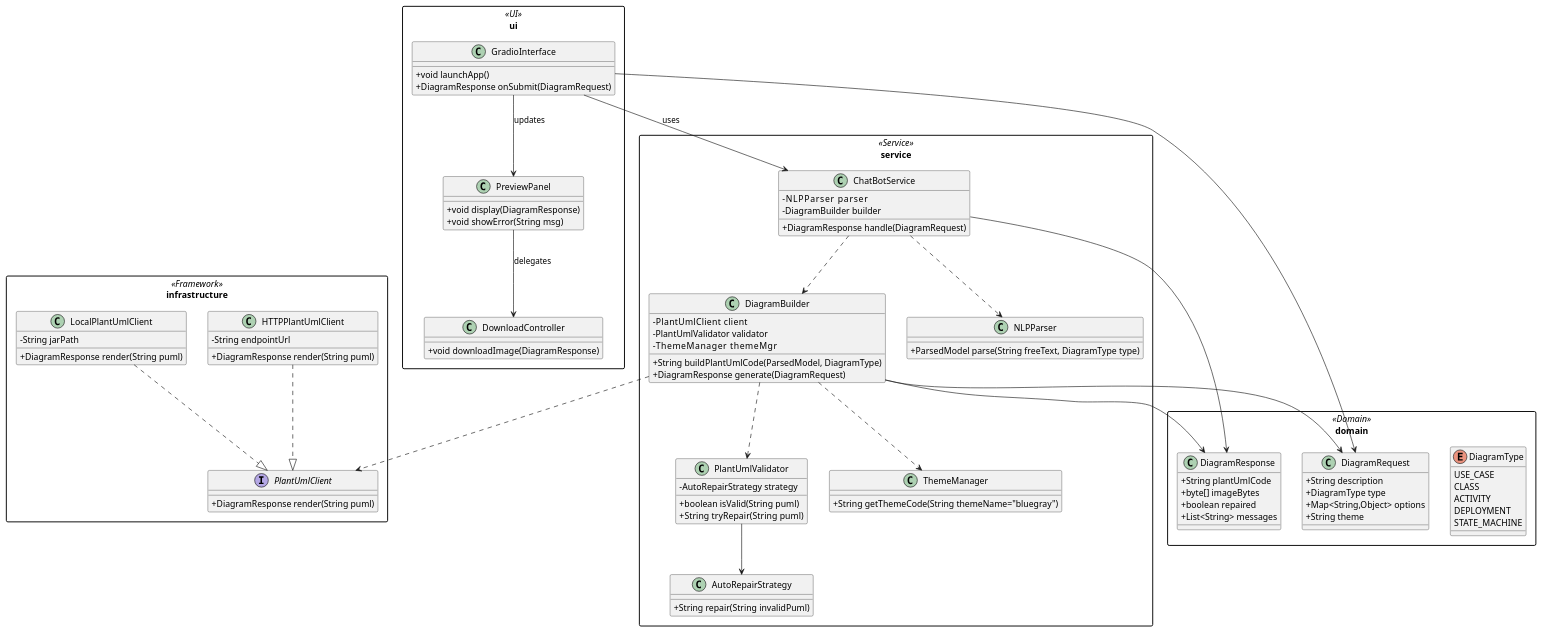
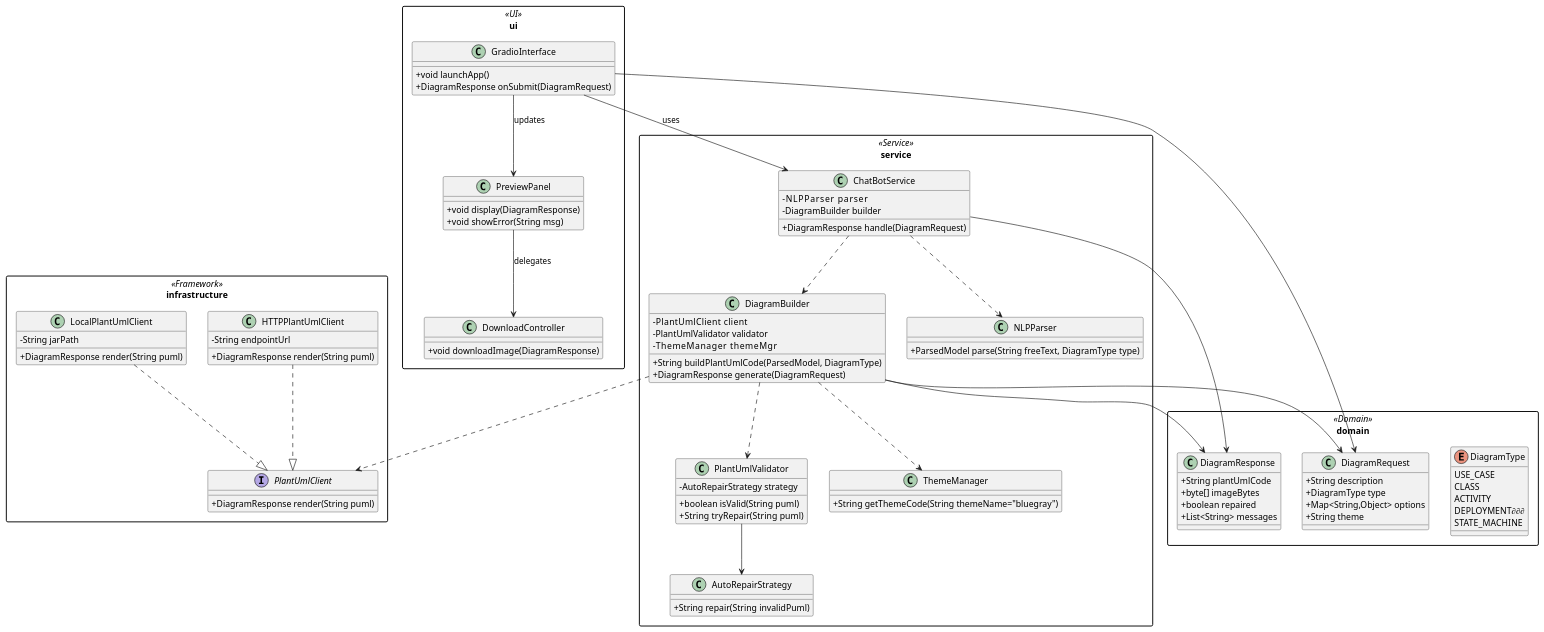
The diagram in docs/PlantUML/ComprehensiveClass.puml (UABGH-Emerging-Technologies/design_drafter), drawn with PlantUML before and after one commit. The commit also changed 5 other files, not shown here.

```diff
--- a/docs/PlantUML/ComprehensiveClass.puml
+++ b/docs/PlantUML/ComprehensiveClass.puml
@@ -3,134 +3,134 @@
 @startuml
 skinparam packageStyle rectangle
 skinparam classAttributeIconSize 0
 
 '──────────────────────────────────────────────────────────────
 '  DOMAIN MODEL
 '──────────────────────────────────────────────────────────────
 package "domain" <<Domain>> {
 
   enum DiagramType {
     USE_CASE
     CLASS
     ACTIVITY
-    DEPLOYMENT
+    DEPLOYMENT∂∂∂
     STATE_MACHINE
   }
 
   class DiagramRequest {
       +String description
       +DiagramType type
       +Map<String,Object> options
       +String theme
   }
 
   class DiagramResponse {
       +String plantUmlCode
       +byte[] imageBytes
       +boolean repaired
       +List<String> messages
   }
 }
 
 '──────────────────────────────────────────────────────────────
 '  INFRASTRUCTURE (PlantUML access)
 '──────────────────────────────────────────────────────────────
 package "infrastructure" <<Framework>> {
 
   interface PlantUmlClient {
       +DiagramResponse render(String puml)
   }
 
   class HTTPPlantUmlClient {
       -String endpointUrl
       +DiagramResponse render(String puml)
   }
 
   class LocalPlantUmlClient {
       -String jarPath
       +DiagramResponse render(String puml)
   }
 
   HTTPPlantUmlClient  ..|>  PlantUmlClient
   LocalPlantUmlClient ..|>  PlantUmlClient
 }
 
 '──────────────────────────────────────────────────────────────
 '  SERVICE LAYER
 '──────────────────────────────────────────────────────────────
 package "service" <<Service>> {
 
   class NLPParser {
       +ParsedModel parse(String freeText, DiagramType type)
   }
 
   class ThemeManager {
       +String getThemeCode(String themeName="bluegray")
   }
 
   class AutoRepairStrategy {
       +String repair(String invalidPuml)
   }
 
   class PlantUmlValidator {
       +boolean isValid(String puml)
       +String  tryRepair(String puml)
       -AutoRepairStrategy strategy
   }
 
   class DiagramBuilder {
       -PlantUmlClient    client
       -PlantUmlValidator validator
       -ThemeManager      themeMgr
       +String buildPlantUmlCode(ParsedModel, DiagramType)
       +DiagramResponse generate(DiagramRequest)
   }
 
   class ChatBotService {
       -NLPParser      parser
       -DiagramBuilder builder
       +DiagramResponse handle(DiagramRequest)
   }
 
   ' dependencies inside the service layer
   PlantUmlValidator --> AutoRepairStrategy
   DiagramBuilder    ..> PlantUmlClient
   DiagramBuilder    ..> PlantUmlValidator
   DiagramBuilder    ..> ThemeManager
   ChatBotService    ..> NLPParser
   ChatBotService    ..> DiagramBuilder
 }
 
 '──────────────────────────────────────────────────────────────
 '  UI LAYER (Gradio)
 '──────────────────────────────────────────────────────────────
 package "ui" <<UI>> {
 
   class GradioInterface {
       +void launchApp()
       +DiagramResponse onSubmit(DiagramRequest)
   }
 
   class PreviewPanel {
       +void display(DiagramResponse)
       +void showError(String msg)
   }
 
   class DownloadController {
       +void downloadImage(DiagramResponse)
   }
 
   GradioInterface --> ChatBotService             : uses
   GradioInterface --> PreviewPanel               : updates
   PreviewPanel   --> DownloadController          : delegates
 }
 
 '──────────────────────────────────────────────────────────────
 '  CROSS-PACKAGE RELATIONS
 '──────────────────────────────────────────────────────────────
 GradioInterface --> domain.DiagramRequest
 ChatBotService  --> domain.DiagramResponse
 DiagramBuilder  --> domain.DiagramRequest
 DiagramBuilder  --> domain.DiagramResponse
 
 @enduml
```
